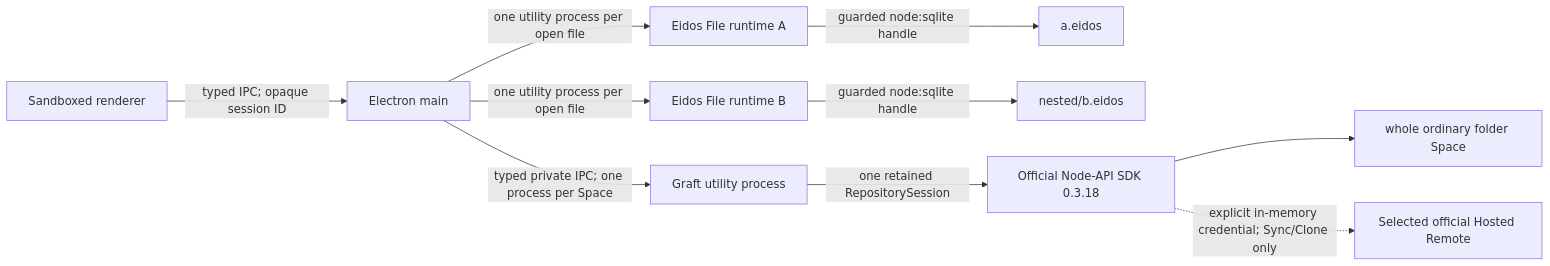
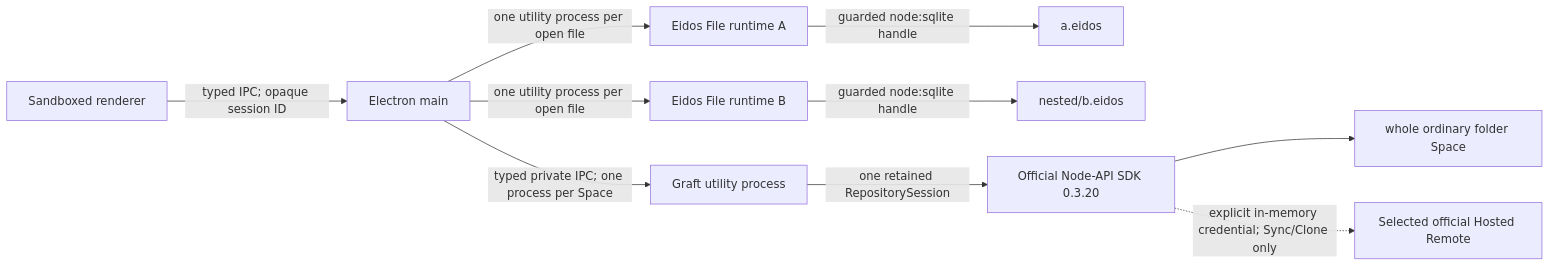
One commit to mayneyao/eidos changed the first of 3 diagrams in apps/eidos-lite-desktop/docs/ARCHITECTURE.md. Above: the diagram before and after it, drawn with Mermaid. The commit also changed other lines of this file and 25 other files, not shown here.

````diff
--- a/apps/eidos-lite-desktop/docs/ARCHITECTURE.md
+++ b/apps/eidos-lite-desktop/docs/ARCHITECTURE.md
@@ -58,12 +58,12 @@
 ```mermaid
 flowchart LR
   R["Sandboxed renderer"] -->|"typed IPC; opaque session ID"| M["Electron main"]
   M -->|"one utility process per open file"| F1["Eidos File runtime A"]
   M -->|"one utility process per open file"| F2["Eidos File runtime B"]
   F1 -->|"guarded node:sqlite handle"| E1["a.eidos"]
   F2 -->|"guarded node:sqlite handle"| E2["nested/b.eidos"]
   M -->|"typed private IPC; one process per Space"| G["Graft utility process"]
-  G -->|"one retained RepositorySession"| N["Official Node-API SDK 0.3.18"]
+  G -->|"one retained RepositorySession"| N["Official Node-API SDK 0.3.20"]
   N --> S["whole ordinary folder Space"]
   N -. "explicit in-memory credential; Sync/Clone only" .-> H["Selected official Hosted Remote"]
 ```
````
